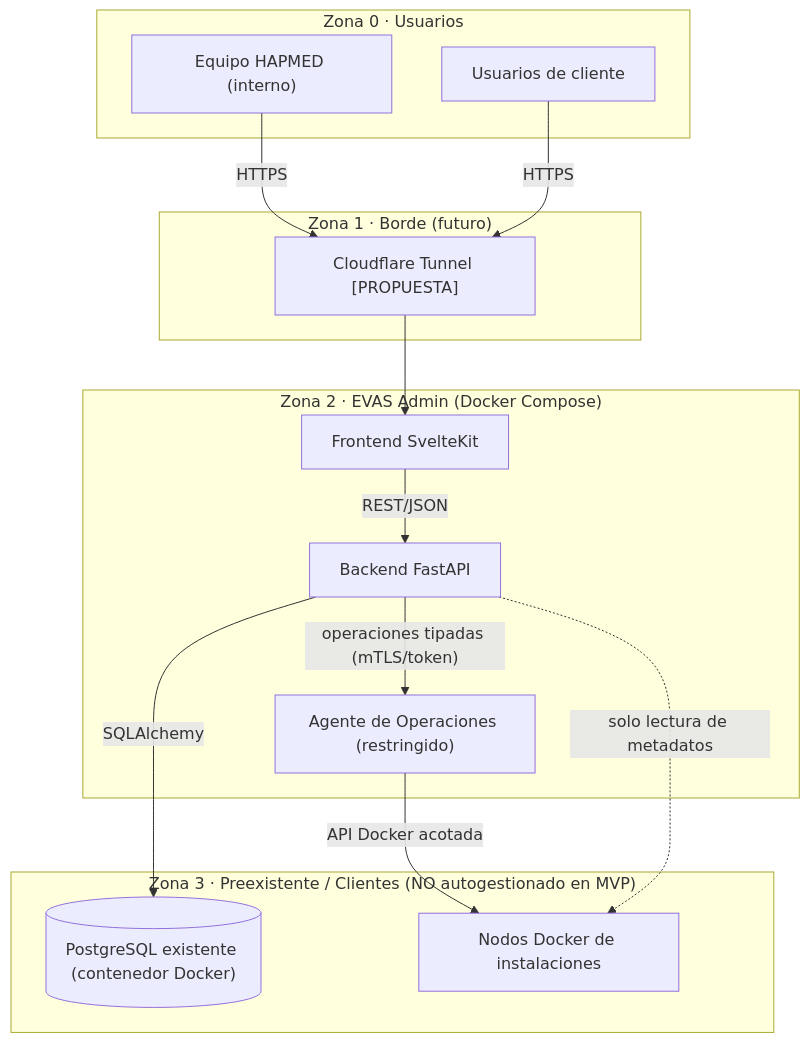
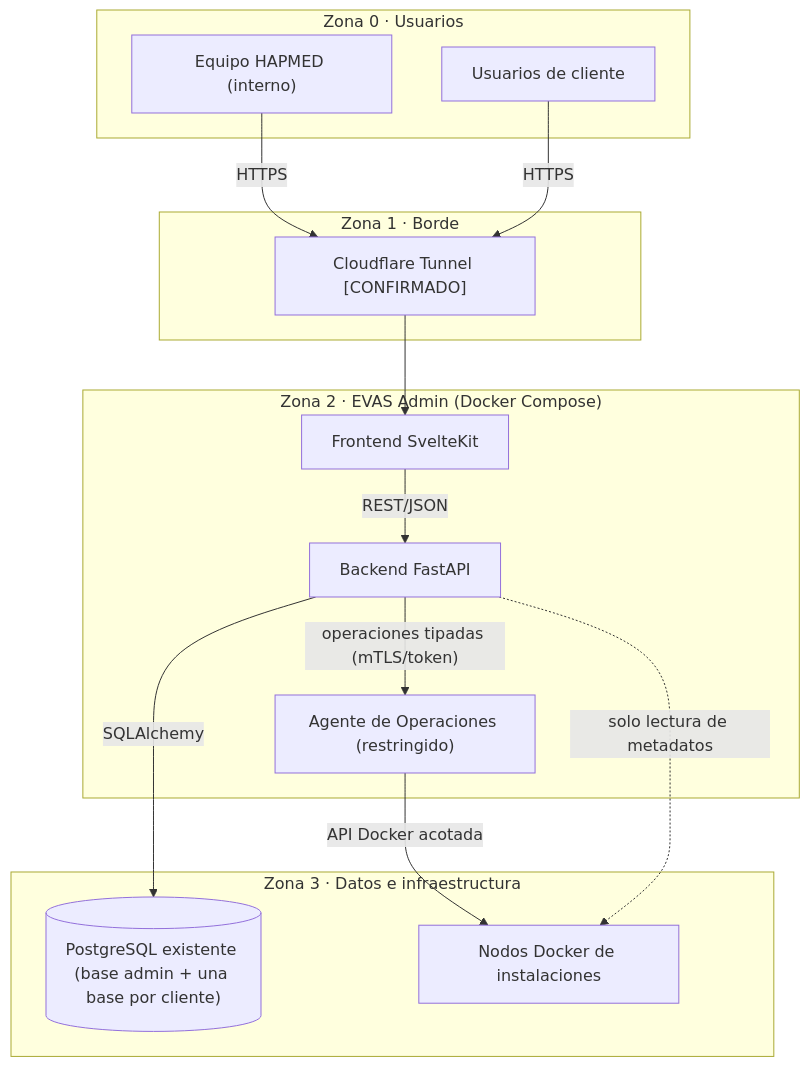
The first of 4 diagrams in docs/EVAS_ADMIN/ARCHITECTURE.md (hapmed/eva_Admin), drawn with Mermaid before and after one commit. The commit also changed other lines of this file and 8 other files, not shown here.

Commit message:
docs: cierra decisiones de Fase 1 (auth dual, BD por cliente, agente propio)

````diff
--- a/docs/EVAS_ADMIN/ARCHITECTURE.md
+++ b/docs/EVAS_ADMIN/ARCHITECTURE.md
@@ -20,31 +21,31 @@
 ```mermaid
 flowchart TB
   subgraph Z0["Zona 0 · Usuarios"]
     INT["Equipo HAPMED (interno)"]
     CLI["Usuarios de cliente"]
   end
 
-  subgraph Z1["Zona 1 · Borde (futuro)"]
-    CF["Cloudflare Tunnel [PROPUESTA]"]
+  subgraph Z1["Zona 1 · Borde"]
+    CF["Cloudflare Tunnel [CONFIRMADO]"]
   end
 
   subgraph Z2["Zona 2 · EVAS Admin (Docker Compose)"]
     FE["Frontend SvelteKit"]
     API["Backend FastAPI"]
     AG["Agente de Operaciones (restringido)"]
   end
 
-  subgraph Z3["Zona 3 · Preexistente / Clientes (NO autogestionado en MVP)"]
-    PG[("PostgreSQL existente (contenedor Docker)")]
+  subgraph Z3["Zona 3 · Datos e infraestructura"]
+    PG[("PostgreSQL existente (base admin + una base por cliente)")]
     NODES["Nodos Docker de instalaciones"]
   end
 
   INT -->|HTTPS| CF
   CLI -->|HTTPS| CF
   CF --> FE
   FE -->|REST/JSON| API
   API -->|SQLAlchemy| PG
   API -->|"operaciones tipadas (mTLS/token)"| AG
   AG -->|"API Docker acotada"| NODES
   API -.->|"solo lectura de metadatos"| NODES
 ```
````
